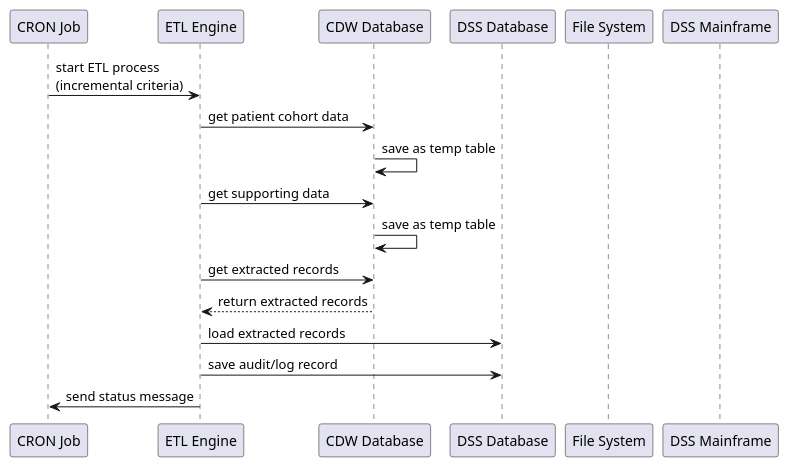
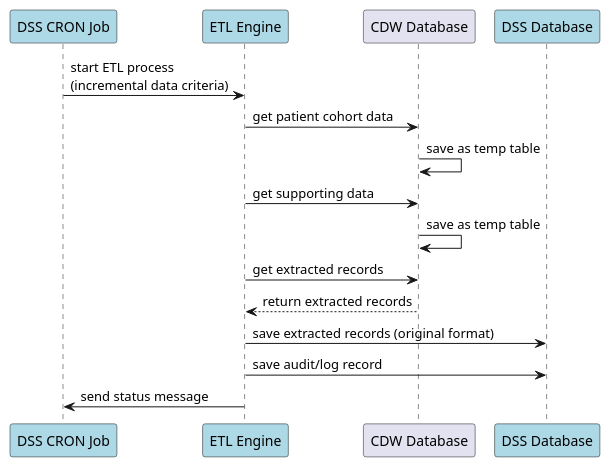
The diagram in _docs/design-spec/plantuml/sdd-figure4.puml (cps-software/med-insight), drawn with PlantUML before and after one commit. The commit also changed 6 other files, not shown here.

```diff
--- a/_docs/design-spec/plantuml/sdd-figure4.puml
+++ b/_docs/design-spec/plantuml/sdd-figure4.puml
@@ -1,23 +1,22 @@
 @startuml
 
 ' ETL Workflow Sequence Diagram
+' Incremental pull of data from CDW database to DSS database
 
-participant   "CRON Job"       as CRN
-participant   "ETL Engine"     as ETL
+participant   "DSS CRON Job"   as CRN #lightblue
+participant   "ETL Engine"     as ETL #lightblue
 participant   "CDW Database"   as CDW
-participant   "DSS Database"   as DDB
-participant   "File System"    as FSY
-participant   "DSS Mainframe"  as DMF
+participant   "DSS Database"   as DDB #lightblue
 
-CRN ->  ETL : start ETL process\n(incremental criteria)
+CRN ->  ETL : start ETL process\n(incremental data criteria)
 ETL ->  CDW : get patient cohort data
 CDW ->  CDW : save as temp table
 ETL ->  CDW : get supporting data
 CDW ->  CDW : save as temp table
 ETL ->  CDW : get extracted records
 CDW --> ETL : return extracted records
-ETL ->  DDB : load extracted records
+ETL ->  DDB : save extracted records (original format)
 ETL ->  DDB : save audit/log record
 ETL ->  CRN : send status message
 
 @enduml
```
